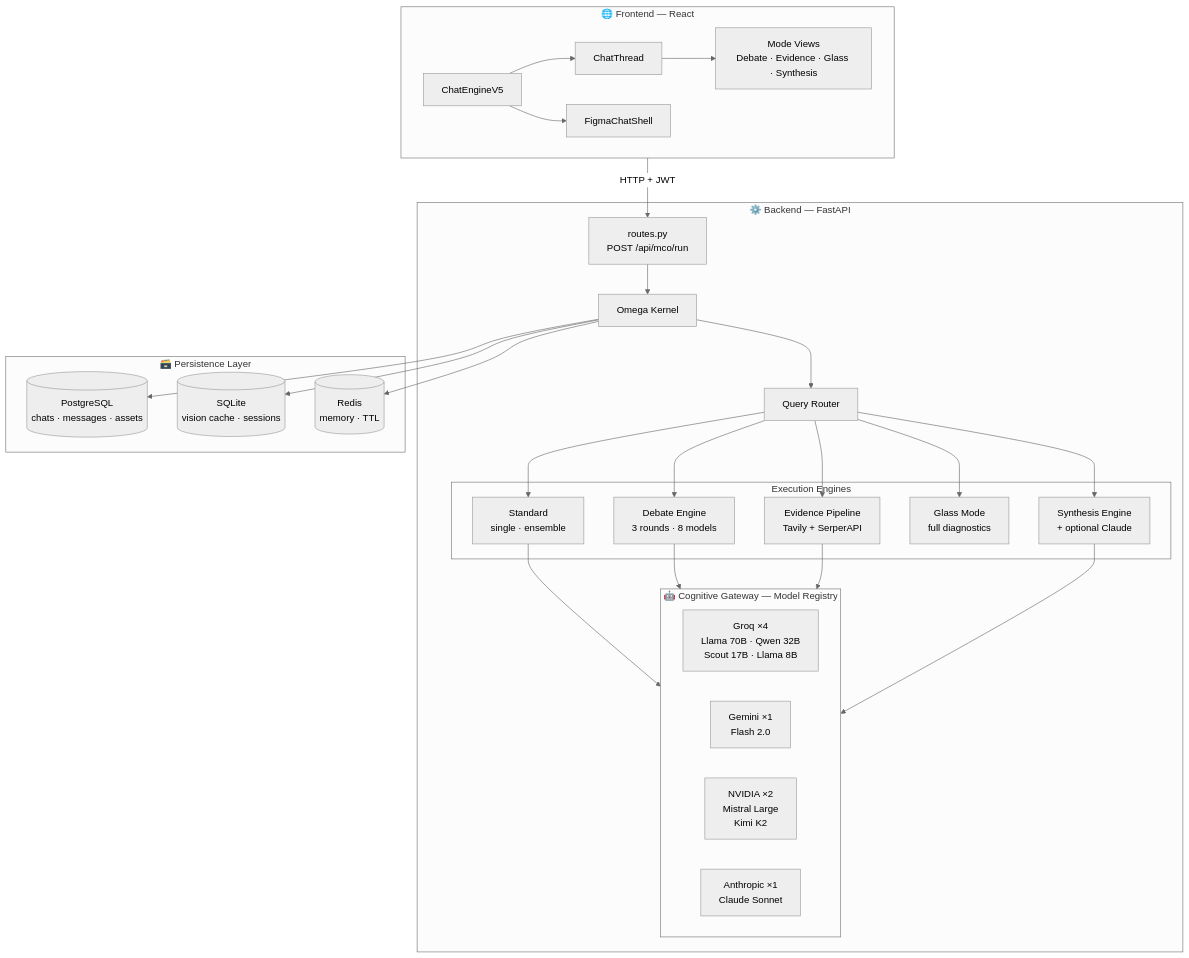
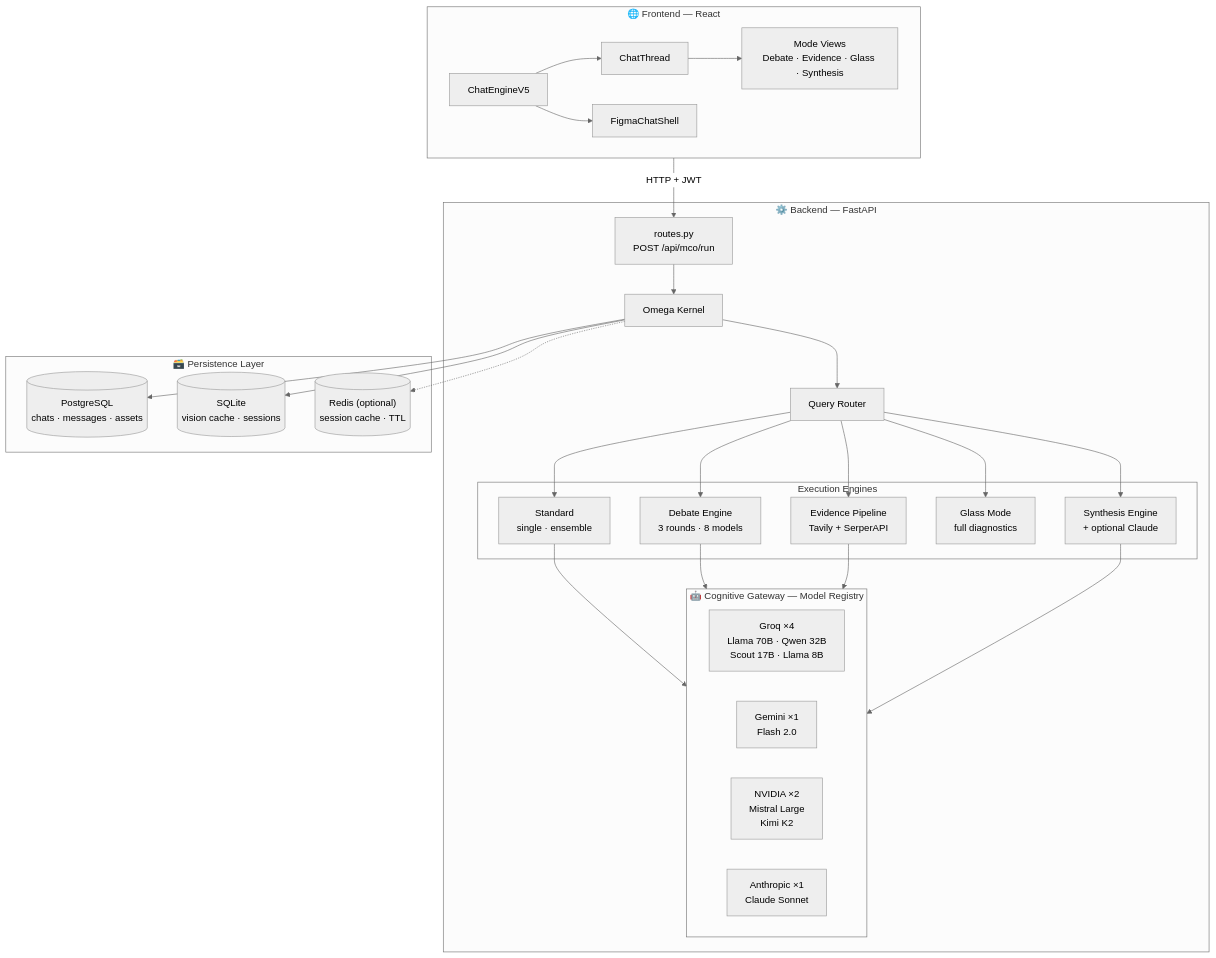
The first of 11 diagrams in README.md (spacebeige/sentinel_e), drawn with Mermaid (neutral theme) before and after one commit. The commit also changed other lines of this file and 2 other files, not shown here.

First line of the commit message:
Make Redis fully optional: auto-fallback to in-memory stub

````diff
--- a/README.md
+++ b/README.md
@@ -24,56 +24,56 @@
 ```mermaid
 flowchart TB
     subgraph Frontend["🌐 Frontend — React"]
         UI[ChatEngineV5]
         CT[ChatThread]
         MV["Mode Views<br/>Debate · Evidence · Glass · Synthesis"]
         FS[FigmaChatShell]
         UI --> CT --> MV
         UI --> FS
     end
 
     subgraph Backend["⚙️ Backend — FastAPI"]
         API["routes.py<br/>POST /api/mco/run"]
         OK[Omega Kernel]
         QR[Query Router]
 
         API --> OK --> QR
 
         subgraph Engines["Execution Engines"]
             STD["Standard<br/>single · ensemble"]
             DE["Debate Engine<br/>3 rounds · 8 models"]
             EP["Evidence Pipeline<br/>Tavily + SerperAPI"]
             GL["Glass Mode<br/>full diagnostics"]
             SY["Synthesis Engine<br/>+ optional Claude"]
         end
 
         QR --> STD
         QR --> DE
         QR --> EP
         QR --> GL
         QR --> SY
 
         subgraph Gateway["🤖 Cognitive Gateway — Model Registry"]
             G1["Groq ×4<br/>Llama 70B · Qwen 32B<br/>Scout 17B · Llama 8B"]
             G2["Gemini ×1<br/>Flash 2.0"]
             G3["NVIDIA ×2<br/>Mistral Large<br/>Kimi K2"]
             G4["Anthropic ×1<br/>Claude Sonnet"]
         end
 
         STD --> Gateway
         DE --> Gateway
         EP --> Gateway
         SY --> Gateway
     end
 
     subgraph Storage["🗃️ Persistence Layer"]
         PG[(PostgreSQL<br/>chats · messages · assets)]
         SQ[(SQLite<br/>vision cache · sessions)]
-        RD[(Redis<br/>memory · TTL)]
+        RD[("Redis (optional)<br/>session cache · TTL")]
     end
 
     Frontend -->|"HTTP + JWT"| API
     OK --> PG
     OK --> SQ
-    OK --> RD
+    OK -.-> RD
 ```
````
